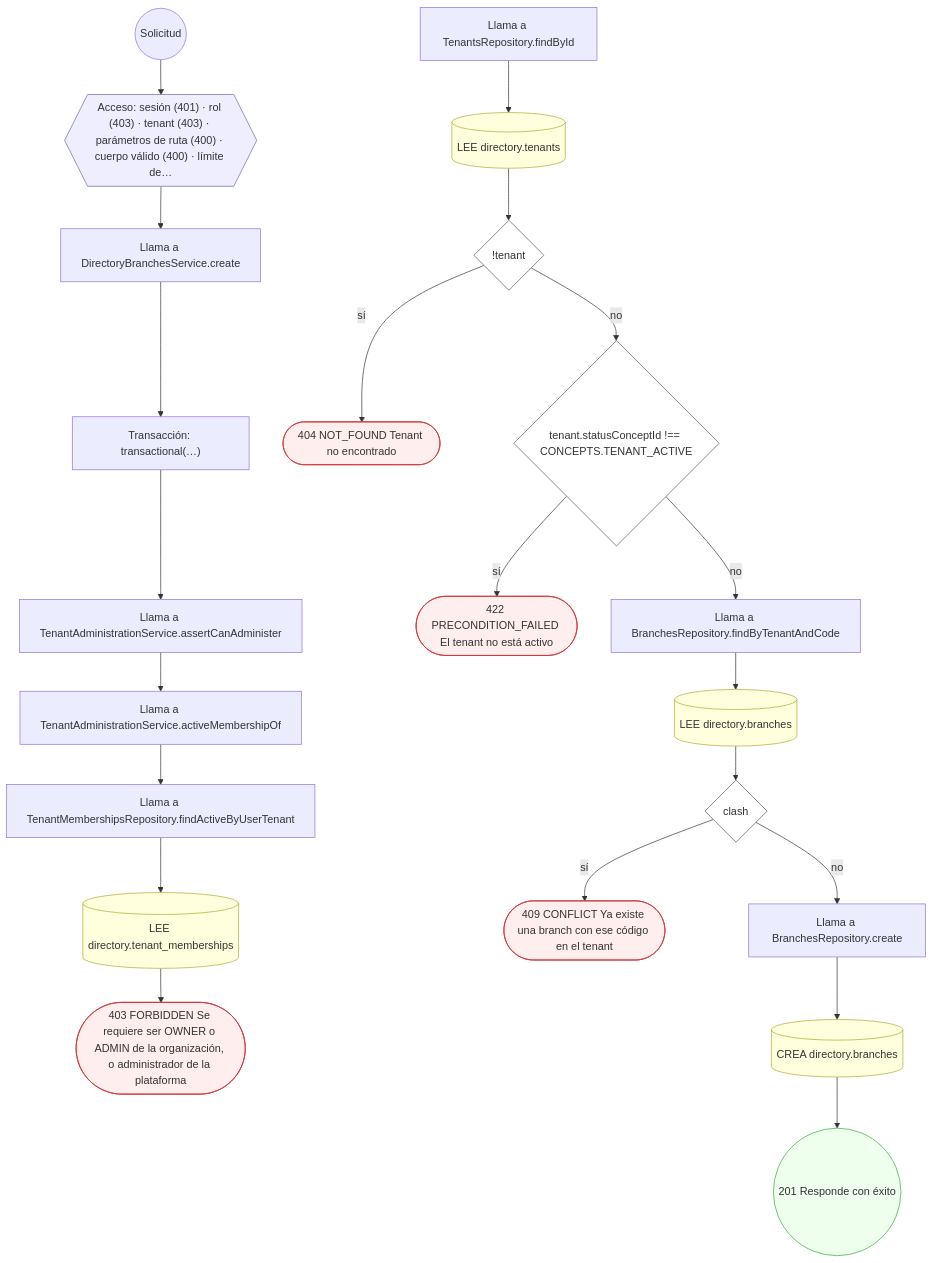
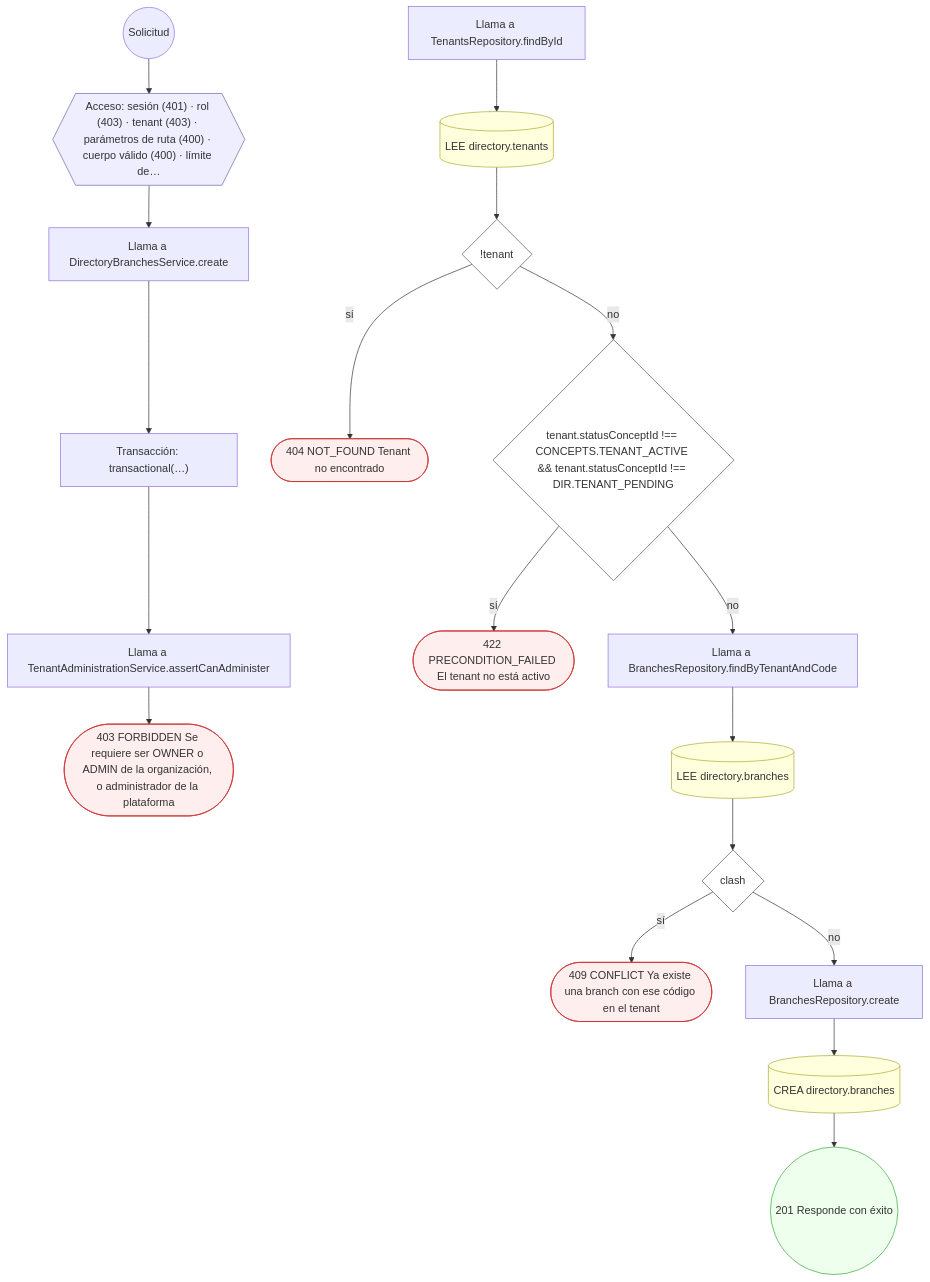
Before and after one commit to mdavila-2001/mantra-core-health-api: the ninth of 23 diagrams in docs/inventario/flujos/directory.md, drawn with Mermaid. The commit also changed other lines of this file and 451 other files, not shown here.

````diff
--- a/docs/inventario/flujos/directory.md
+++ b/docs/inventario/flujos/directory.md
@@ -714,51 +847,45 @@
 ```mermaid
 flowchart TD
   n1(("Solicitud")):::inicio
   n2{{"Acceso: sesión (401) · rol (403) · tenant (403) · parámetros de ruta (400) · cuerpo válido (400) · límite de…"}}:::acceso
   n1 --> n2
   n3["Llama a DirectoryBranchesService.create"]:::llamada
   n2 --> n3
   n4["Transacción: transactional(…)"]:::transaccion
   n3 --> n4
   n5["Llama a TenantAdministrationService.assertCanAdminister"]:::llamada
   n4 --> n5
-  n6["Llama a TenantAdministrationService.activeMembershipOf"]:::llamada
+  n6(["403 FORBIDDEN Se requiere ser OWNER o ADMIN de la organización, o administrador de la plataforma"]):::error
   n5 --> n6
-  n7["Llama a TenantMembershipsRepository.findActiveByUserTenant"]:::llamada
-  n6 --> n7
-  n8[("LEE directory.tenant_memberships")]:::efecto
+  n7["Llama a TenantsRepository.findById"]:::llamada
+  n8[("LEE directory.tenants")]:::efecto
   n7 --> n8
-  n9(["403 FORBIDDEN Se requiere ser OWNER o ADMIN de la organización, o administrador de la plataforma"]):::error
+  n9{"!tenant"}:::decision
   n8 --> n9
-  n10["Llama a TenantsRepository.findById"]:::llamada
-  n11[("LEE directory.tenants")]:::efecto
-  n10 --> n11
-  n12{"!tenant"}:::decision
-  n11 --> n12
-  n13(["404 NOT_FOUND Tenant no encontrado"]):::error
-  n12 -->|"sí"| n13
-  n14{"tenant.statusConceptId !== CONCEPTS.TENANT_ACTIVE"}:::decision
-  n12 -->|"no"| n14
-  n15(["422 PRECONDITION_FAILED El tenant no está activo"]):::error
-  n14 -->|"sí"| n15
-  n16["Llama a BranchesRepository.findByTenantAndCode"]:::llamada
-  n14 -->|"no"| n16
-  n17[("LEE directory.branches")]:::efecto
-  n16 --> n17
-  n18{"clash"}:::decision
+  n10(["404 NOT_FOUND Tenant no encontrado"]):::error
+  n9 -->|"sí"| n10
+  n11{"tenant.statusConceptId !== CONCEPTS.TENANT_ACTIVE && tenant.statusConceptId !== DIR.TENANT_PENDING"}:::decision
+  n9 -->|"no"| n11
+  n12(["422 PRECONDITION_FAILED El tenant no está activo"]):::error
+  n11 -->|"sí"| n12
+  n13["Llama a BranchesRepository.findByTenantAndCode"]:::llamada
+  n11 -->|"no"| n13
+  n14[("LEE directory.branches")]:::efecto
+  n13 --> n14
+  n15{"clash"}:::decision
+  n14 --> n15
+  n16(["409 CONFLICT Ya existe una branch con ese código en el tenant"]):::error
+  n15 -->|"sí"| n16
+  n17["Llama a BranchesRepository.create"]:::llamada
+  n15 -->|"no"| n17
+  n18[("CREA directory.branches")]:::efecto
   n17 --> n18
-  n19(["409 CONFLICT Ya existe una branch con ese código en el tenant"]):::error
-  n18 -->|"sí"| n19
-  n20["Llama a BranchesRepository.create"]:::llamada
-  n18 -->|"no"| n20
-  n21[("CREA directory.branches")]:::efecto
-  n20 --> n21
-  n22(("201 Responde con éxito")):::ok
-  n21 --> n22
+  n19(("201 Responde con éxito")):::ok
+  n18 --> n19
   classDef acceso fill:#eef,stroke:#66a
   classDef error fill:#fee,stroke:#c33
   classDef ok fill:#efe,stroke:#3a3
   classDef efecto fill:#ffd,stroke:#aa3
   classDef decision fill:#fff,stroke:#555
   classDef corte fill:#eee,stroke:#999,stroke-dasharray: 4
 ```
````
